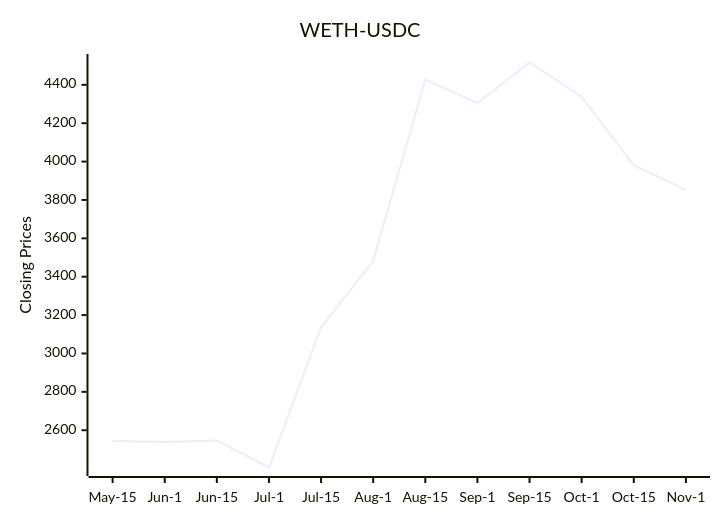
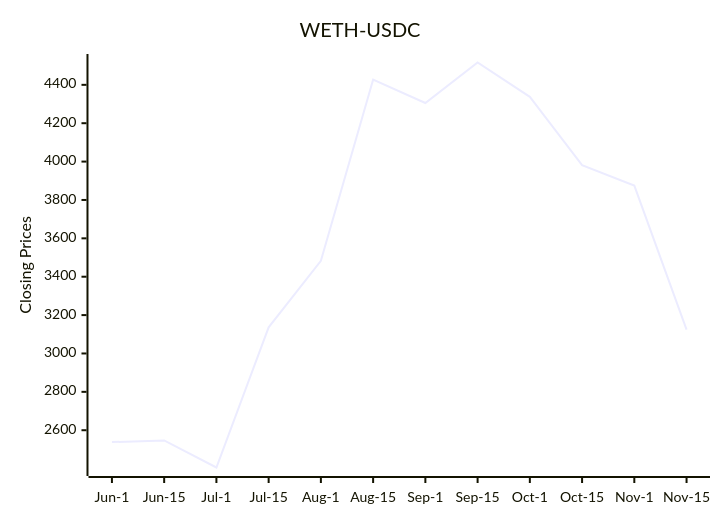
The diagram in README.md (bicced/ReadmeCryptoPriceChart), drawn with Mermaid before and after one commit.

Commit message:
Update README with latest DEX data

````diff
--- a/README.md
+++ b/README.md
@@ -6,7 +6,7 @@
 ```mermaid
 xychart-beta
   title "WETH-USDC"
-  x-axis [May-15,Jun-1,Jun-15,Jul-1,Jul-15,Aug-1,Aug-15,Sep-1,Sep-15,Oct-1,Oct-15,Nov-1]
+  x-axis [Jun-1,Jun-15,Jul-1,Jul-15,Aug-1,Aug-15,Sep-1,Sep-15,Oct-1,Oct-15,Nov-1,Nov-15]
   y-axis "Closing Prices" 2405.73 --> 4516.39403113754
-  line [2544.38,2538.04,2547.02,2405.73,3136.3,3482.42836863059,4426.73412630884,4305.29196667193,4516.39403113754,4337.4165948864,3981.40087035479,3854.02122943861]
+  line [2538.04,2547.02,2405.73,3136.3,3482.42836863059,4426.73412630884,4305.29196667193,4516.39403113754,4337.4165948864,3981.40087035479,3874.8082284479,3123.80314842064]
 ```
````
